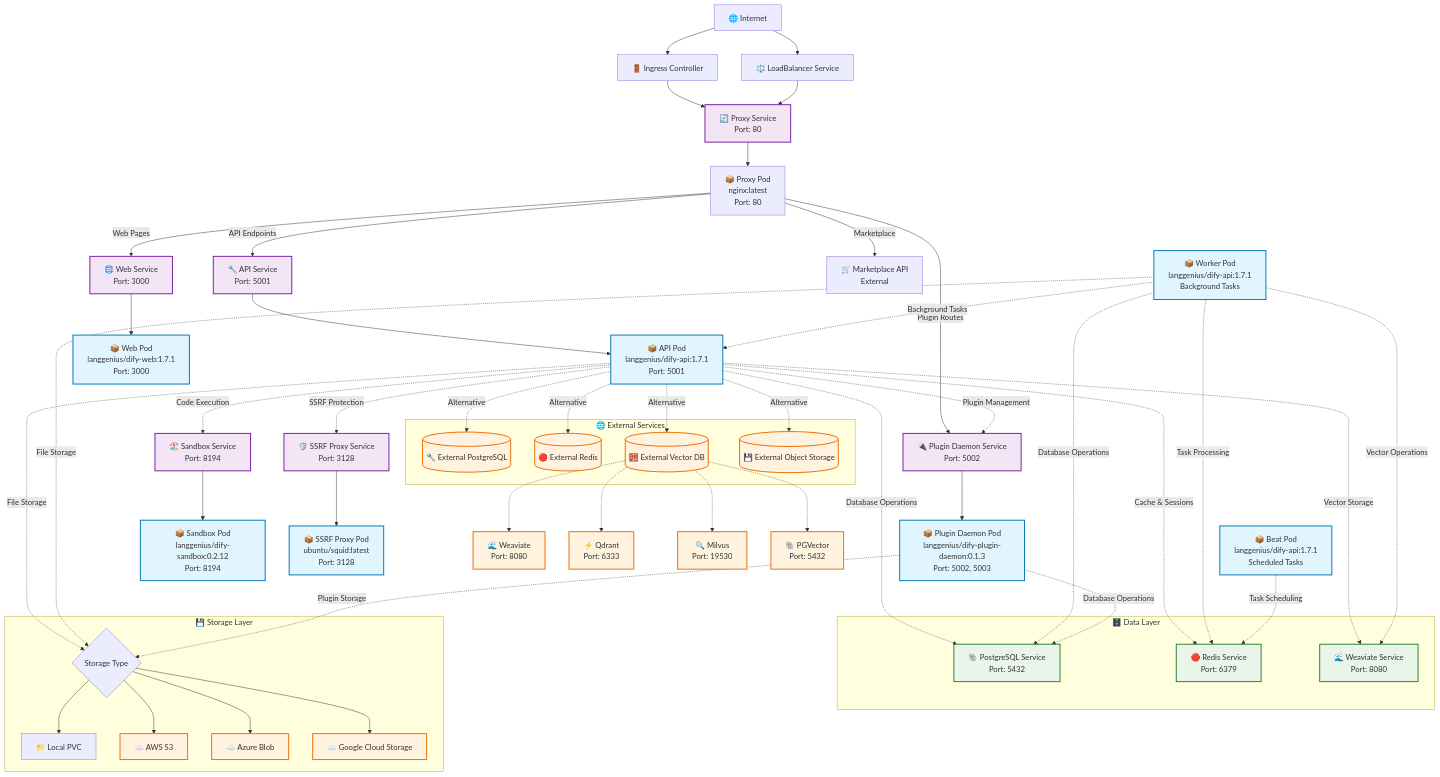
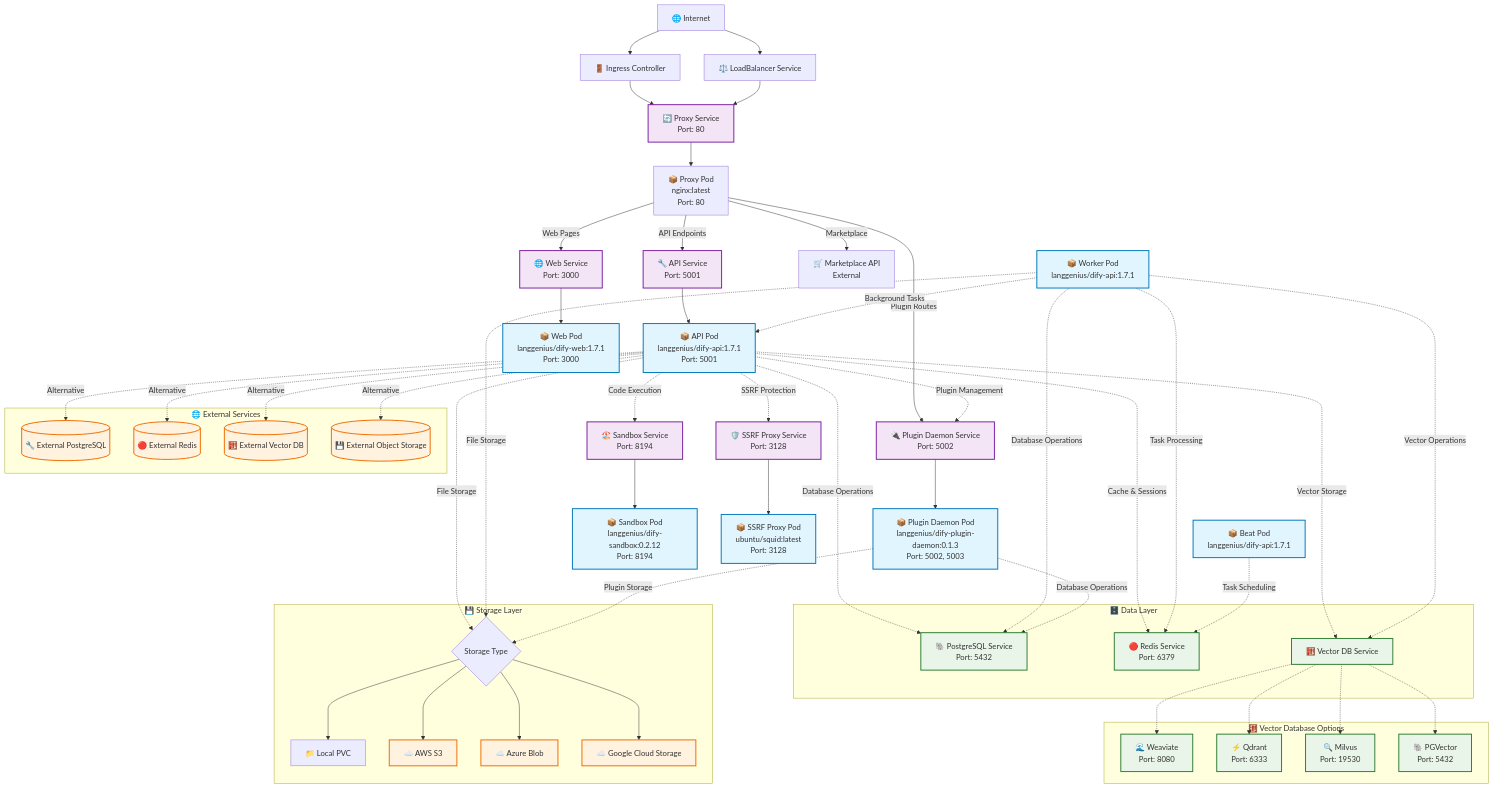
Before and after one commit to BorisPolonsky/dify-helm: the diagram in README.md, drawn with Mermaid.

````diff
--- a/README.md
+++ b/README.md
@@ -43,10 +43,10 @@
     PluginService --> PluginPod[📦 Plugin Daemon Pod<br/>langgenius/dify-plugin-daemon:0.1.3<br/>Port: 5002, 5003]
 
     %% Worker Pod (Background Processing)
-    WorkerPod[📦 Worker Pod<br/>langgenius/dify-api:1.7.1<br/>Background Tasks]
+    WorkerPod[📦 Worker Pod<br/>langgenius/dify-api:1.7.1]
 
-    %% Celery Beat Pod (Scheduled Tasks)
-    BeatPod[📦 Beat Pod<br/>langgenius/dify-api:1.7.1<br/>Scheduled Tasks]
+    %% Beat Pod (Periodic task scheduler)
+    BeatPod[📦 Beat Pod<br/>langgenius/dify-api:1.7.1]
 
     %% Sandbox Service
     SandboxService[🏖️ Sandbox Service<br/>Port: 8194] --> SandboxPod[📦 Sandbox Pod<br/>langgenius/dify-sandbox:0.2.12<br/>Port: 8194]
@@ -64,7 +64,7 @@
     subgraph DataLayer [🗄️ Data Layer]
         PostgresService[🐘 PostgreSQL Service<br/>Port: 5432]
         RedisService[🔴 Redis Service<br/>Port: 6379]
-        WeaviateService[🌊 Weaviate Service<br/>Port: 8080]
+        VectorDBService[🧮 Vector DB Service]
     end
 
     %% Database Connections
@@ -76,8 +76,8 @@
     WorkerPod -.->|Task Processing| RedisService
     BeatPod -.->|Task Scheduling| RedisService
 
-    APIPod -.->|Vector Storage| WeaviateService
-    WorkerPod -.->|Vector Operations| WeaviateService
+    APIPod -.->|Vector Storage| VectorDBService
+    WorkerPod -.->|Vector Operations| VectorDBService
 
     %% Storage Layer
     subgraph StorageLayer [💾 Storage Layer]
@@ -98,6 +98,19 @@
     StorageType --> AzureStorage
     StorageType --> GCSStorage
 
+    %% Vector Database Options
+    subgraph VectorOptions [🧮 Vector Database Options]
+        WeaviateDB[🌊 Weaviate<br/>Port: 8080]
+        QdrantDB[⚡ Qdrant<br/>Port: 6333]
+        MilvusDB[🔍 Milvus<br/>Port: 19530]
+        PGVectorDB[🐘 PGVector<br/>Port: 5432]
+    end
+
+    VectorDBService -.-> WeaviateDB
+    VectorDBService -.-> QdrantDB
+    VectorDBService -.-> MilvusDB
+    VectorDBService -.-> PGVectorDB
+
     %% External Dependencies
     subgraph ExternalServices [🌐 External Services]
         ExternalDB[(🔧 External PostgreSQL)]
@@ -111,11 +124,6 @@
     APIPod -.->|Alternative| ExternalRedis
     APIPod -.->|Alternative| ExternalVector
     APIPod -.->|Alternative| ExternalStorage
-    
-    ExternalVector -.-> Weaviate[🌊 Weaviate<br/>Port: 8080]
-    ExternalVector -.-> Qdrant[⚡ Qdrant<br/>Port: 6333]
-    ExternalVector -.-> Milvus[🔍 Milvus<br/>Port: 19530]
-    ExternalVector -.-> PGVector[🐘 PGVector<br/>Port: 5432]
 
     %% Styling
     classDef podClass fill:#e1f5fe,stroke:#0277bd,stroke-width:2px
@@ -124,7 +132,7 @@
     classDef externalClass fill:#fff3e0,stroke:#ef6c00,stroke-width:2px
 
     class APIPod,WebPod,WorkerPod,BeatPod,SandboxPod,SSRFPod,PluginPod podClass
-    class APIService,WebService,SandboxService,SSRFService,PluginService,ProxyService,WeaviateService serviceClass
-    class PostgresService,RedisService,WeaviateService storageClass
-    class ExternalDB,ExternalRedis,ExternalVector,ExternalStorage,S3Storage,AzureStorage,GCSStorage,Weaviate,Qdrant,Milvus,PGVector externalClass
+    class APIService,WebService,SandboxService,SSRFService,PluginService,ProxyService serviceClass
+    class PostgresService,RedisService,VectorDBService,WeaviateDB,QdrantDB,MilvusDB,PGVectorDB storageClass
+    class ExternalDB,ExternalRedis,ExternalVector,ExternalStorage,S3Storage,AzureStorage,GCSStorage externalClass
 ```
````
